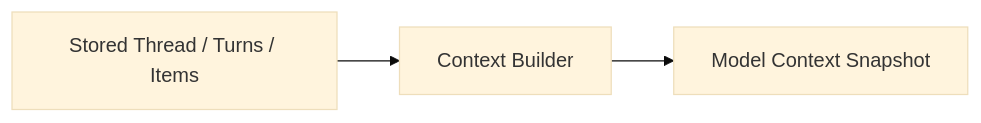
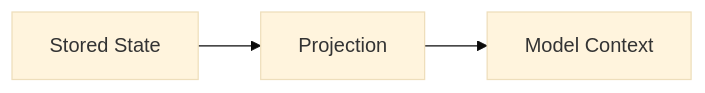
Before and after one commit to indigofeather/harness-book: the fifth of 5 diagrams in docs/foundations/thread-turn-item.md, drawn with Mermaid (base theme). The commit also changed other lines of this file and 48 other files, not shown here.

````diff
--- a/docs/foundations/thread-turn-item.md
+++ b/docs/foundations/thread-turn-item.md
@@ -311,5 +303,5 @@
 ```mermaid
 flowchart LR
-  S[Stored Thread / Turns / Items] --> C[Context Builder]
-  C --> M[Model Context Snapshot]
+  S[Stored State] --> P[Projection]
+  P --> C[Model Context]
 ```
````
